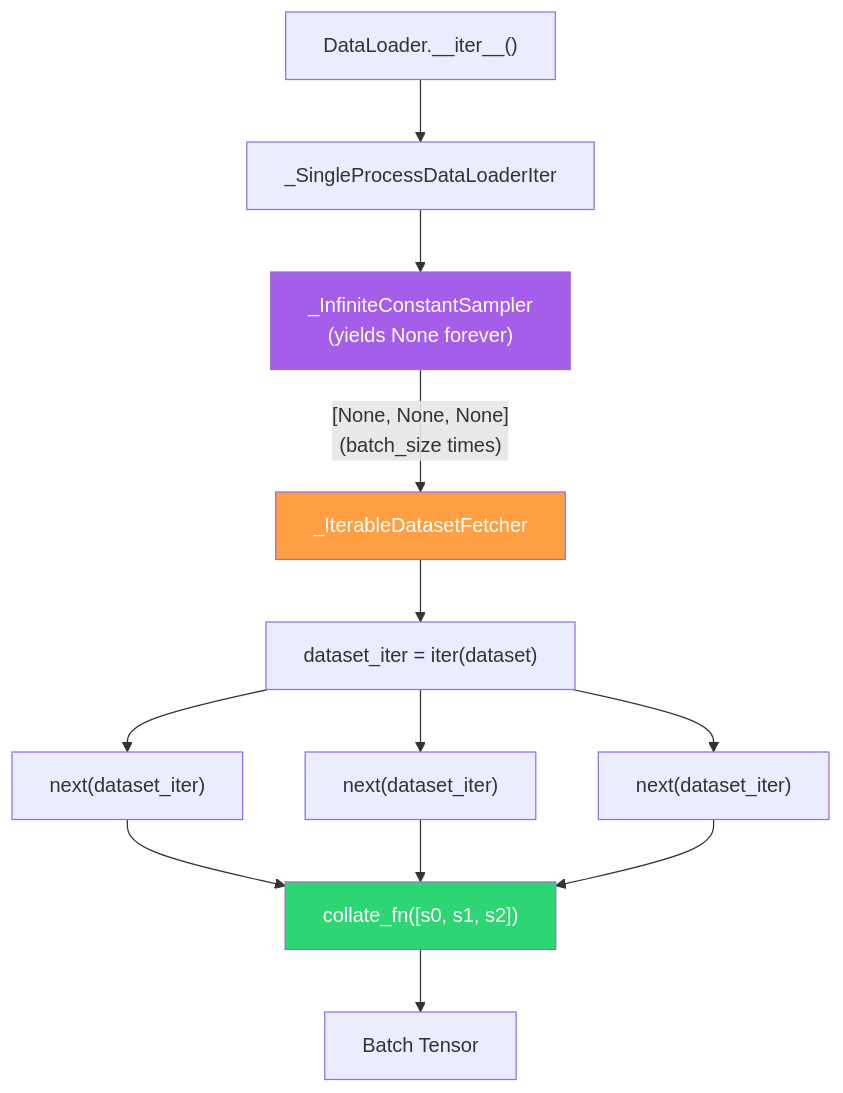
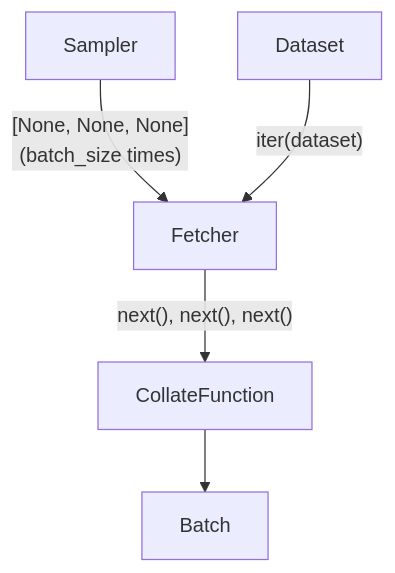
Before and after one commit to galtay/learn-torch-dataloaders: the fourth of 5 diagrams in docs/architecture.md, drawn with Mermaid. The commit also changed other lines of this file, not shown here.

First line of the commit message:
Simplify and improve architecture diagrams

````diff
--- a/docs/architecture.md
+++ b/docs/architecture.md
@@ -126,23 +97,7 @@
 ```mermaid
 flowchart TD
-    A["DataLoader.__iter__()"] --> B["_SingleProcessDataLoaderIter"]
-
-    B --> C["_InfiniteConstantSampler<br/>(yields None forever)"]
-    C -->|"[None, None, None]<br/>(batch_size times)"| D["_IterableDatasetFetcher"]
-
-    D --> E["dataset_iter = iter(dataset)"]
-
-    E --> F["next(dataset_iter)"]
-    E --> G["next(dataset_iter)"]
-    E --> H["next(dataset_iter)"]
-
-    F --> I["collate_fn([s0, s1, s2])"]
-    G --> I
-    H --> I
-
-    I --> J["Batch Tensor"]
-
-    style C fill:#a55eea,color:#fff
-    style D fill:#ff9f43,color:#fff
-    style I fill:#2ed573,color:#fff
+    S["Sampler"] -->|"[None, None, None]<br/>(batch_size times)"| F["Fetcher"]
+    DS["Dataset"] -->|"iter(dataset)"| F
+    F -->|"next(), next(), next()"| CF["CollateFunction"]
+    CF --> OUT["Batch"]
 ```
````
